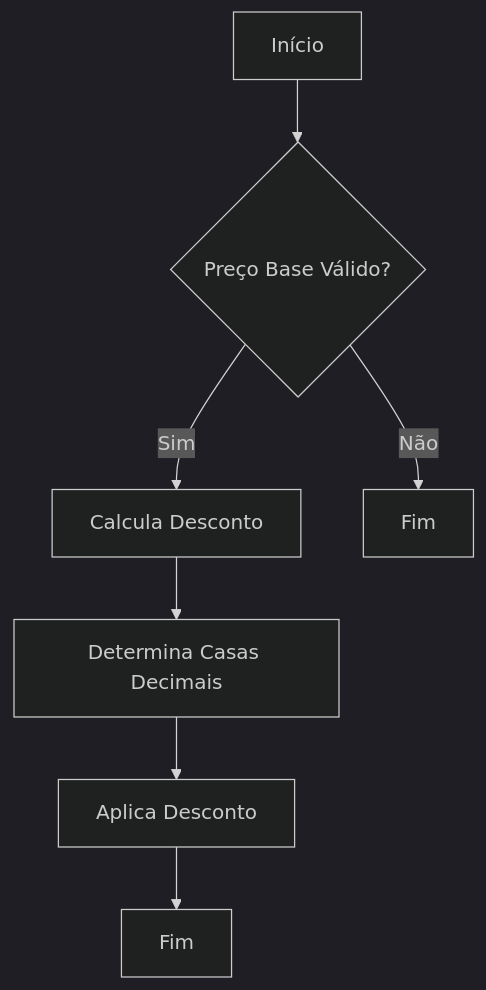
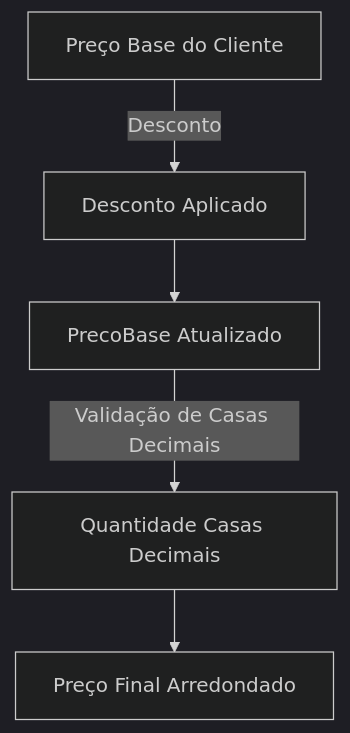
One commit to IsthmusSistemas/documentacao-tecnica changed the first of 2 diagrams in docs/b2b-dominio/IsthmusWinthor.Nucleo/IsthmusWinthor.Dominio/POCO/Precos/PromoFlex.md. Above: the diagram before and after it, drawn with Mermaid (dark theme). The commit also changed other lines of this file and 882 other files, not shown here.

````diff
--- a/docs/b2b-dominio/IsthmusWinthor.Nucleo/IsthmusWinthor.Dominio/POCO/Precos/PromoFlex.md
+++ b/docs/b2b-dominio/IsthmusWinthor.Nucleo/IsthmusWinthor.Dominio/POCO/Precos/PromoFlex.md
@@ -18,9 +18,7 @@
 ```mermaid
 flowchart TD
-    A[Início] --> B{Preço Base Válido?}
-    B -- Sim --> C[Calcula Desconto]
-    B -- Não --> D[Fim]
-    C --> E[Determina Casas Decimais]
-    E --> F[Aplica Desconto]
-    F --> G[Fim]
+    A[Preço Base do Cliente] -->|Desconto| B[Desconto Aplicado]
+    B --> C[PrecoBase Atualizado]
+    C -->|Validação de Casas Decimais| D[Quantidade Casas Decimais]
+    D --> E[Preço Final Arredondado]
 ```
````
